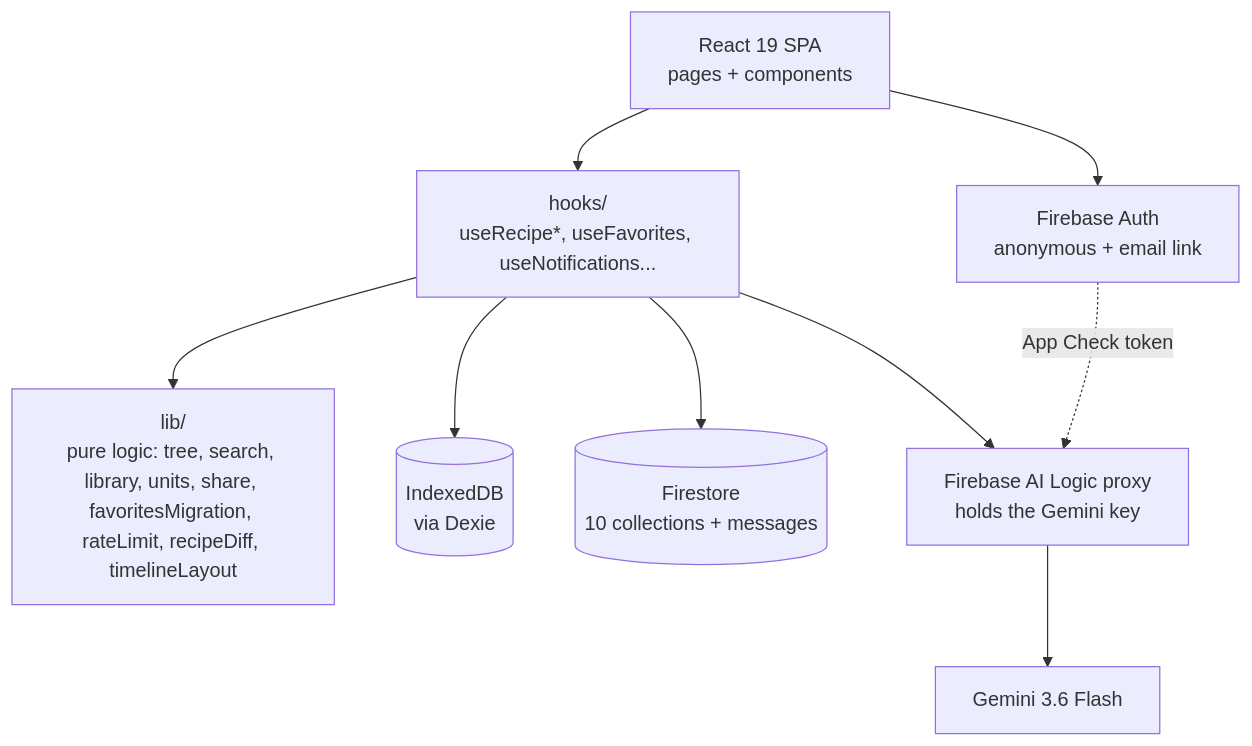
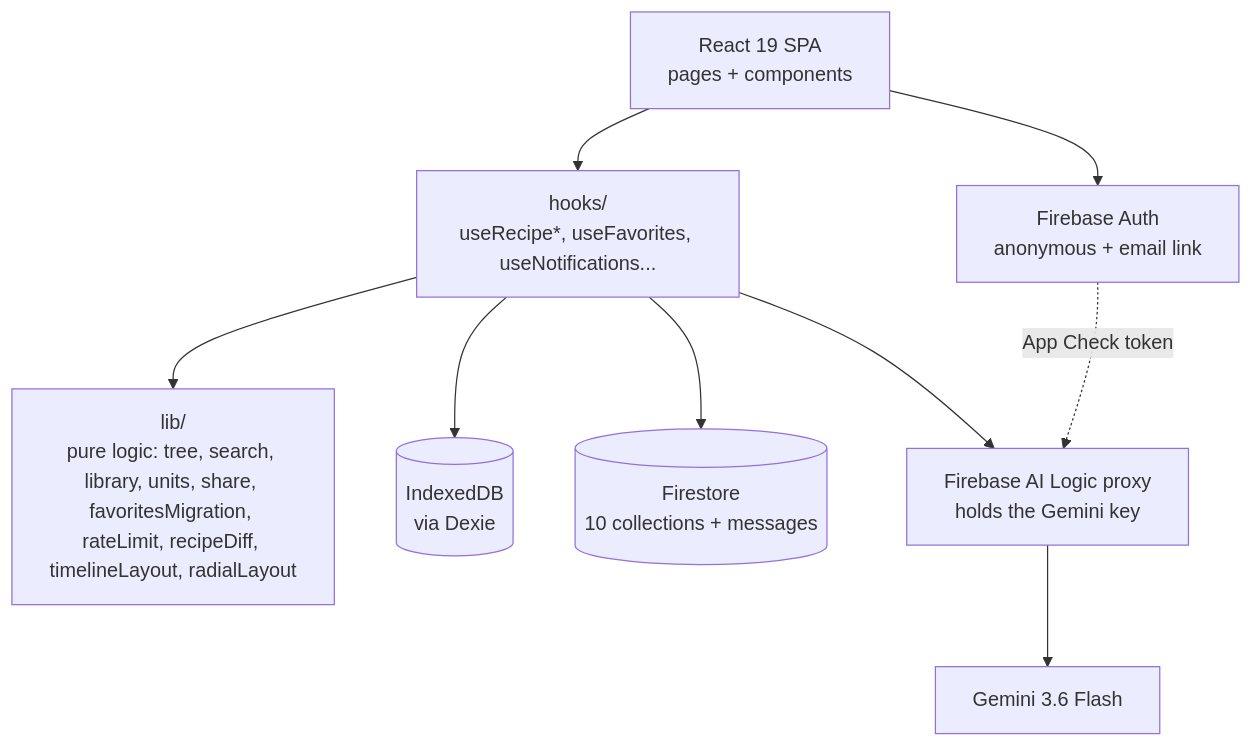
The diagram in docs/architecture.md (hpeppitt/recipe-app), drawn with Mermaid before and after one commit. The commit also changed 4 other files, not shown here.

First line of the commit message:
RL-071: A pure radial layout places a version family on generation rings spread by subtree size

````diff
--- a/docs/architecture.md
+++ b/docs/architecture.md
@@ -12,20 +12,20 @@
 ```mermaid
 flowchart TD
     UI[React 19 SPA<br/>pages + components]
     Hooks[hooks/<br/>useRecipe*, useFavorites, useNotifications...]
-    Lib[lib/<br/>pure logic: tree, search, library, units, share, favoritesMigration, rateLimit, recipeDiff, timelineLayout]
+    Lib[lib/<br/>pure logic: tree, search, library, units, share, favoritesMigration, rateLimit, recipeDiff, timelineLayout, radialLayout]
     Dexie[(IndexedDB<br/>via Dexie)]
     FS[(Firestore<br/>10 collections + messages)]
     Auth[Firebase Auth<br/>anonymous + email link]
     AILogic[Firebase AI Logic proxy<br/>holds the Gemini key]
     Gemini[Gemini 3.6 Flash]
 
     UI --> Hooks
     Hooks --> Lib
     Hooks --> Dexie
     Hooks --> FS
     Hooks --> AILogic
     UI --> Auth
     AILogic --> Gemini
     Auth -. App Check token .-> AILogic
 ```
````
